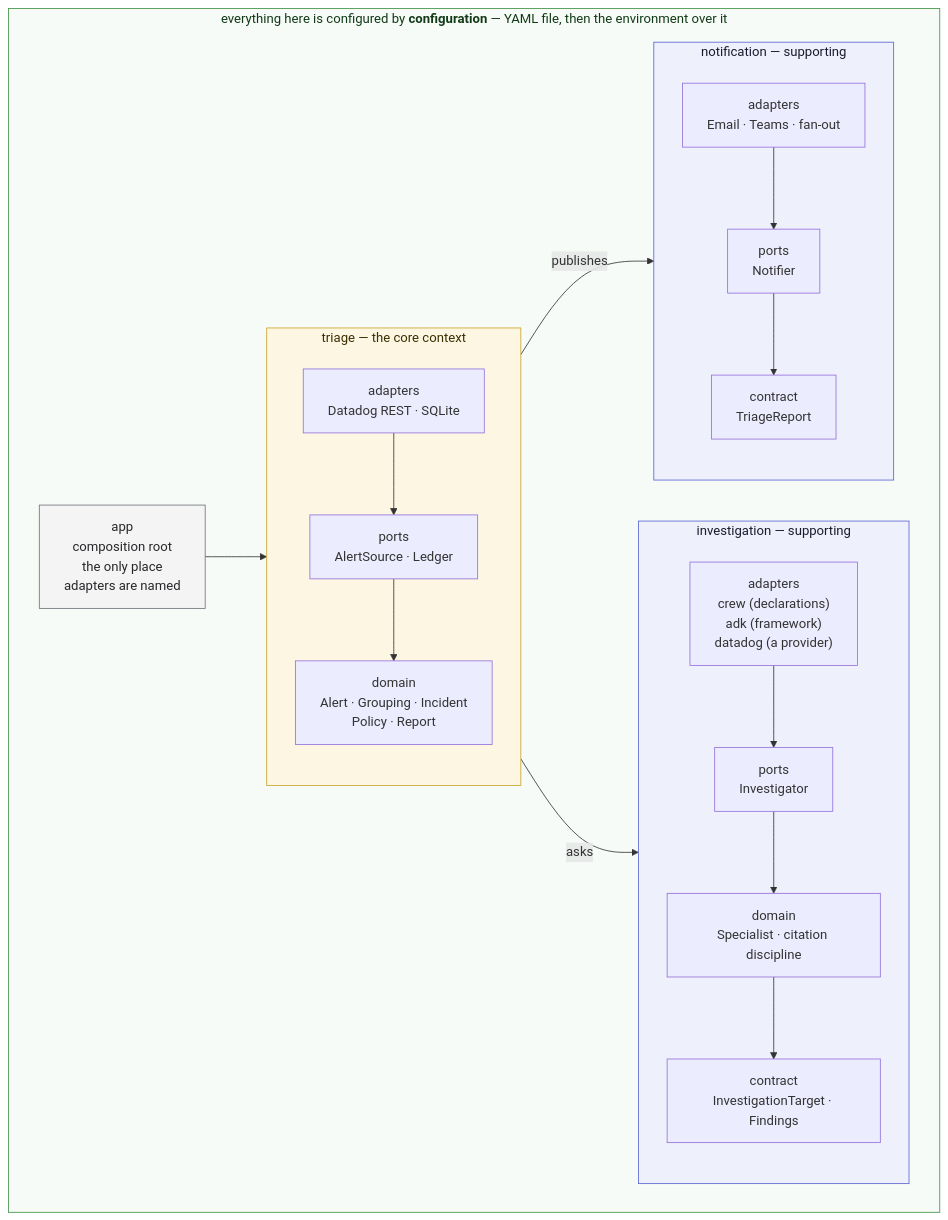
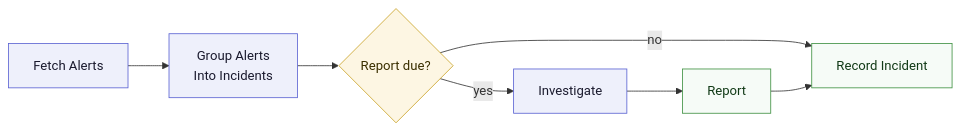
The diagram in README.md (EduardoFLima/alert-triage), drawn with Mermaid before and after one commit. The commit also changed other lines of this file and 21 other files, not shown here.

First line of the commit message:
Rework the README: two diagrams, less prose (slice 15) (#27)

````diff
--- a/README.md
+++ b/README.md
@@ -301,46 +15,17 @@
 ```mermaid
 flowchart LR
-    subgraph Configured["everything here is configured by <b>configuration</b> — YAML file, then the environment over it"]
-        direction LR
-        App["app<br/>composition root<br/>the only place<br/>adapters are named"]
+    fetch["Fetch Alerts"] --> group["Group Alerts<br/>Into Incidents"]
+    group --> due{"Report due?"}
+    due -- "no" --> record["Record Incident"]
+    due -- "yes" --> investigate["Investigate"]
+    investigate --> report["Report"]
+    report --> record
 
-        subgraph Triage["triage — the core context"]
-            direction TB
-            TriageAdapters["adapters<br/>Datadog REST · SQLite"]
-            TriagePorts["ports<br/>AlertSource · Ledger"]
-            TriageDomain["domain<br/>Alert · Grouping · Incident<br/>Policy · Report"]
-            TriageAdapters --> TriagePorts --> TriageDomain
-        end
+    classDef step fill:#eef0fb,stroke:#5b63d3,color:#1a1a2e
+    classDef gate fill:#fdf6e3,stroke:#c9a227,color:#3a2f00
+    classDef done fill:#f6fbf7,stroke:#3f9142,color:#123a17
 
-        subgraph Investigation["investigation — supporting"]
-            direction TB
-            InvContract["contract<br/>InvestigationTarget · Findings"]
-            InvDomain["domain<br/>Specialist · citation discipline"]
-            InvPorts["ports<br/>Investigator"]
-            InvAdapters["adapters<br/>crew (declarations)<br/>adk (framework)<br/>datadog (a provider)"]
-            InvAdapters --> InvPorts --> InvDomain --> InvContract
-        end
-
-        subgraph Notification["notification — supporting"]
-            direction TB
-            NotContract["contract<br/>TriageReport"]
-            NotPorts["ports<br/>Notifier"]
-            NotAdapters["adapters<br/>Email · Teams · fan-out"]
-            NotAdapters --> NotPorts --> NotContract
-        end
-
-        App --> Triage
-        TriageDomain -- "asks" --> InvContract
-        TriageDomain -- "publishes" --> NotContract
-    end
-
-    classDef coreClass fill:#fdf6e3,stroke:#c9a227,color:#3a2f00
-    classDef supportingClass fill:#eef0fb,stroke:#5b63d3,color:#1a1a2e
-    classDef configuredClass fill:#f6fbf7,stroke:#3f9142,color:#123a17
-    classDef appClass fill:#f4f4f5,stroke:#71717a,color:#27272a
-
-    class Triage coreClass
-    class Investigation,Notification supportingClass
-    class Configured configuredClass
-    class App appClass
+    class fetch,group,investigate step
+    class due gate
+    class report,record done
 ```
````
